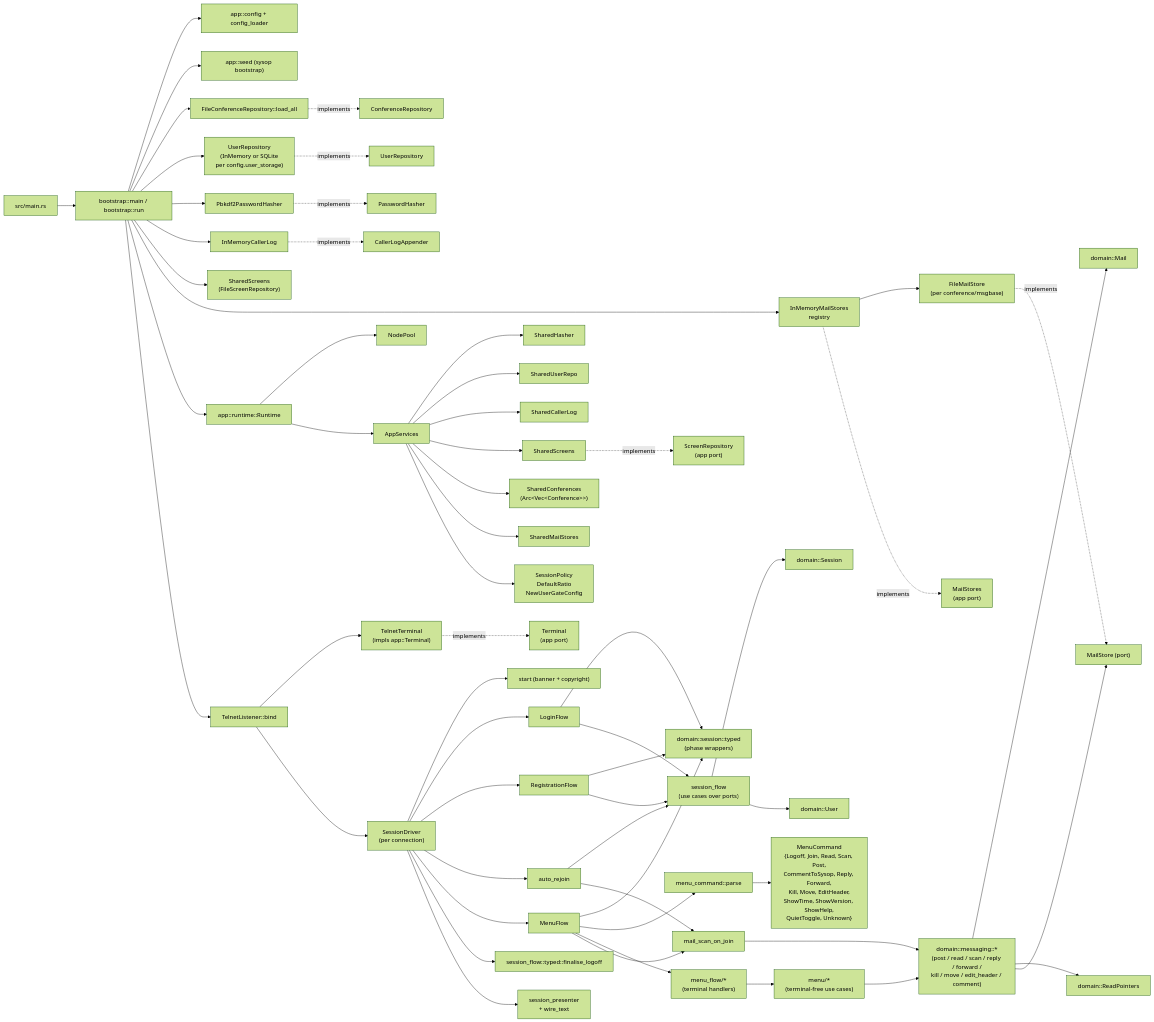
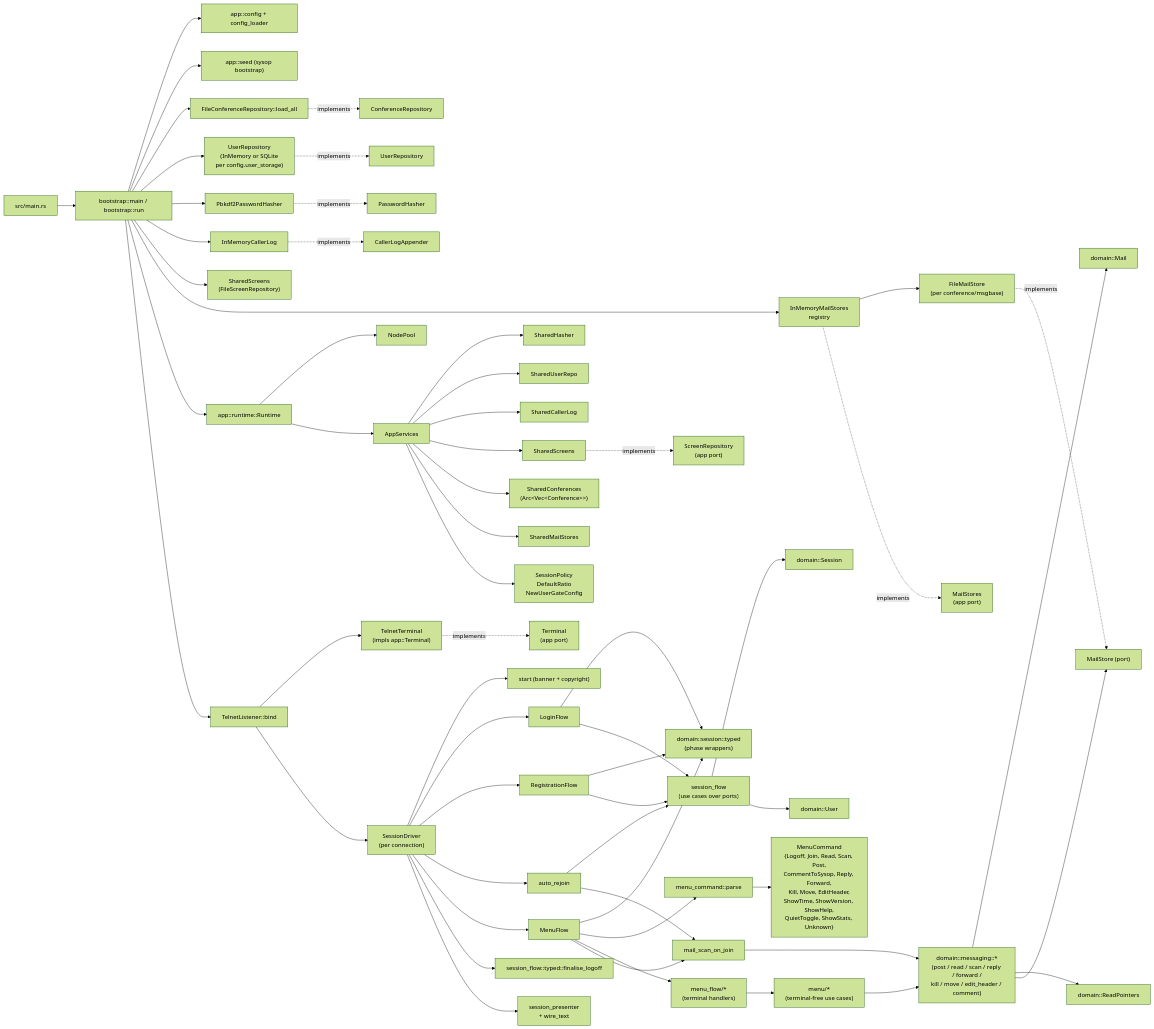
Before and after one commit to pingles/nextexpress: the diagram in SYSTEM.md, drawn with Mermaid (forest theme). The commit also changed other lines of this file and 4 other files, not shown here.

````diff
--- a/SYSTEM.md
+++ b/SYSTEM.md
@@ -90,70 +90,70 @@
 ```mermaid
 flowchart LR
     Main["src/main.rs"] --> AppRun["bootstrap::main / bootstrap::run"]
 
     AppRun --> Config["app::config + config_loader"]
     AppRun --> Seed["app::seed (sysop bootstrap)"]
     AppRun --> ConfRepo["FileConferenceRepository::load_all"]
     AppRun --> UserRepo["UserRepository\n(InMemory or SQLite\nper config.user_storage)"]
     AppRun --> Hasher["Pbkdf2PasswordHasher"]
     AppRun --> CallerLog["InMemoryCallerLog"]
     AppRun --> Screens["SharedScreens\n(FileScreenRepository)"]
     AppRun --> MailRegistry["InMemoryMailStores\nregistry"]
     MailRegistry --> FileMailStore["FileMailStore\n(per conference/msgbase)"]
 
     AppRun --> Runtime["app::runtime::Runtime"]
     Runtime --> NodePool["NodePool"]
     Runtime --> Services["AppServices"]
 
     Services --> Sharedhasher["SharedHasher"]
     Services --> SharedRepo["SharedUserRepo"]
     Services --> SharedLog["SharedCallerLog"]
     Services --> SharedScreens
     Services --> SharedConfs["SharedConferences\n(Arc&lt;Vec&lt;Conference&gt;&gt;)"]
     Services --> SharedMail["SharedMailStores"]
     Services --> Policy["SessionPolicy\nDefaultRatio\nNewUserGateConfig"]
 
     AppRun --> Telnet["TelnetListener::bind"]
     Telnet --> Terminal["TelnetTerminal\n(impls app::Terminal)"]
     Telnet --> Driver["SessionDriver\n(per connection)"]
 
     Driver --> Start["start (banner + copyright)"]
     Driver --> Login["LoginFlow"]
     Driver --> Registration["RegistrationFlow"]
     Driver --> AutoRejoin["auto_rejoin"]
     Driver --> Menu["MenuFlow"]
     Driver --> Finalise["session_flow::typed::finalise_logoff"]
 
     Login --> Typed["domain::session::typed\n(phase wrappers)"]
     Registration --> Typed
     Menu --> Typed
     Login --> SF["session_flow\n(use cases over ports)"]
     Registration --> SF
     AutoRejoin --> SF
     Driver --> Presenter["session_presenter\n+ wire_text"]
 
     Menu --> Parse["menu_command::parse"]
-    Parse --> Cmds["MenuCommand\n{Logoff, Join, Read, Scan, Post,\nCommentToSysop, Reply, Forward,\nKill, Move, EditHeader,\nShowTime, ShowVersion, ShowHelp,\nQuietToggle, Unknown}"]
+    Parse --> Cmds["MenuCommand\n{Logoff, Join, Read, Scan, Post,\nCommentToSysop, Reply, Forward,\nKill, Move, EditHeader,\nShowTime, ShowVersion, ShowHelp,\nQuietToggle, ShowStats, Unknown}"]
     Menu --> MenuFlowHandlers["menu_flow/*\n(terminal handlers)"]
     MenuFlowHandlers --> MenuUseCases["menu/*\n(terminal-free use cases)"]
 
     MenuUseCases --> Rules["domain::messaging::*\n(post / read / scan / reply / forward /\nkill / move / edit_header / comment)"]
     AutoRejoin --> ScanOnJoin["mail_scan_on_join"]
     Menu --> ScanOnJoin
     ScanOnJoin --> Rules
 
     Rules --> Mail["domain::Mail"]
     Rules --> Pointers["domain::ReadPointers"]
     Rules --> MailPort["MailStore (port)"]
     SF --> DomainSession["domain::Session"]
     SF --> DomainUser["domain::User"]
 
     ConfRepo -.implements.-> ConfPort["ConferenceRepository"]
     UserRepo -.implements.-> UserPort["UserRepository"]
     Hasher -.implements.-> HasherPort["PasswordHasher"]
     CallerLog -.implements.-> LogPort["CallerLogAppender"]
     SharedScreens -.implements.-> ScreenPort["ScreenRepository\n(app port)"]
     MailRegistry -.implements.-> MailRegistryPort["MailStores\n(app port)"]
     FileMailStore -.implements.-> MailPort
     Terminal -.implements.-> TermPort["Terminal\n(app port)"]
 ```
````
